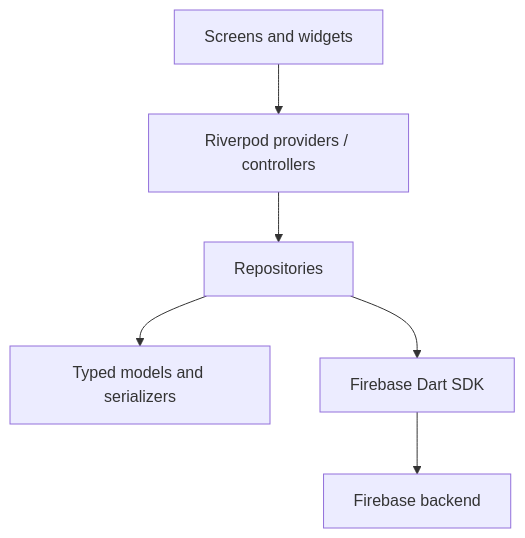
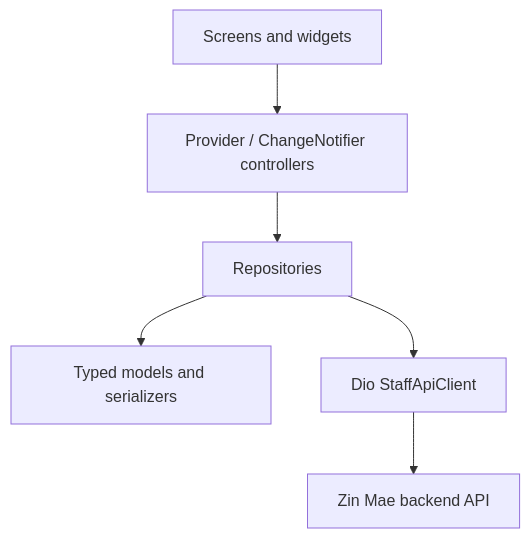
One commit to ryan11-tech/kivy-desktop-sop changed the second of 9 diagrams in ARCHITECTURE-flutter.md. Above: the diagram before and after it, drawn with Mermaid. The commit also changed other lines of this file and 46 other files, not shown here.

````diff
--- a/ARCHITECTURE-flutter.md
+++ b/ARCHITECTURE-flutter.md
@@ -60,15 +61,15 @@
 ```mermaid
 flowchart TB
     UI["Screens and widgets"]
-    State["Riverpod providers / controllers"]
+    State["Provider / ChangeNotifier controllers"]
     Repo["Repositories"]
     Models["Typed models and serializers"]
-    SDK["Firebase Dart SDK"]
-    Backend["Firebase backend"]
+    API["Dio StaffApiClient"]
+    Backend["Zin Mae backend API"]
 
     UI --> State
     State --> Repo
     Repo --> Models
-    Repo --> SDK
-    SDK --> Backend
+    Repo --> API
+    API --> Backend
 ```
````
